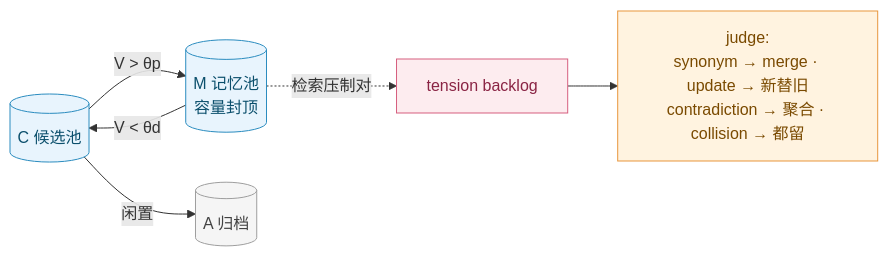
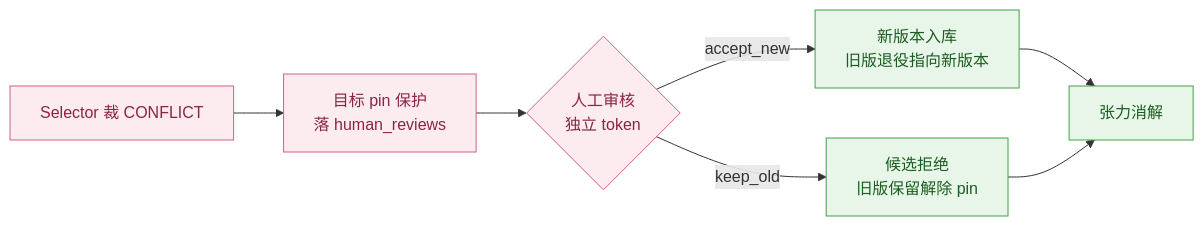
The fifth of 5 diagrams in README.md (1173591564/Dynamics-memory), drawn with Mermaid before and after one commit. The commit also changed other lines of this file and 3 other files, not shown here.

````diff
--- a/README.md
+++ b/README.md
@@ -85,17 +215,14 @@
 ```mermaid
 flowchart LR
-    C[("C 候选池")] -->|"V &gt; θp"| M[("M 记忆池<br/>容量封顶")]
-    M -->|"V &lt; θd"| C
-    C -->|"闲置"| A[("A 归档")]
-    M -. "检索压制对" .-> T["tension backlog"]
-    T --> J["judge:<br/>synonym → merge · update → 新替旧<br/>contradiction → 聚合 · collision → 都留"]
+    S["Selector 裁 CONFLICT"] --> PIN["目标 pin 保护<br/>落 human_reviews"]
+    PIN --> HUM{"人工审核<br/>独立 token"}
+    HUM -->|"accept_new"| NEW["新版本入库<br/>旧版退役指向新版本"]
+    HUM -->|"keep_old"| OLD["候选拒绝<br/>旧版保留解除 pin"]
+    NEW --> T["张力消解"]
+    OLD --> T
 
-    classDef pool fill:#E8F4FD,stroke:#2B8CBF,color:#0B4F6C
-    classDef cold fill:#F5F5F5,stroke:#9E9E9E,color:#424242
-    classDef hot fill:#FDECEF,stroke:#D65F7F,color:#8A2444
-    classDef judge fill:#FFF3E0,stroke:#E8963C,color:#7A4A00
-    class C,M pool
-    class A cold
-    class T hot
-    class J judge
+    classDef risk fill:#FDECEF,stroke:#D65F7F,color:#8A2444
+    classDef ok fill:#E8F5E9,stroke:#43A047,color:#1B5E20
+    class S,PIN,HUM risk
+    class NEW,OLD,T ok
 ```
````
